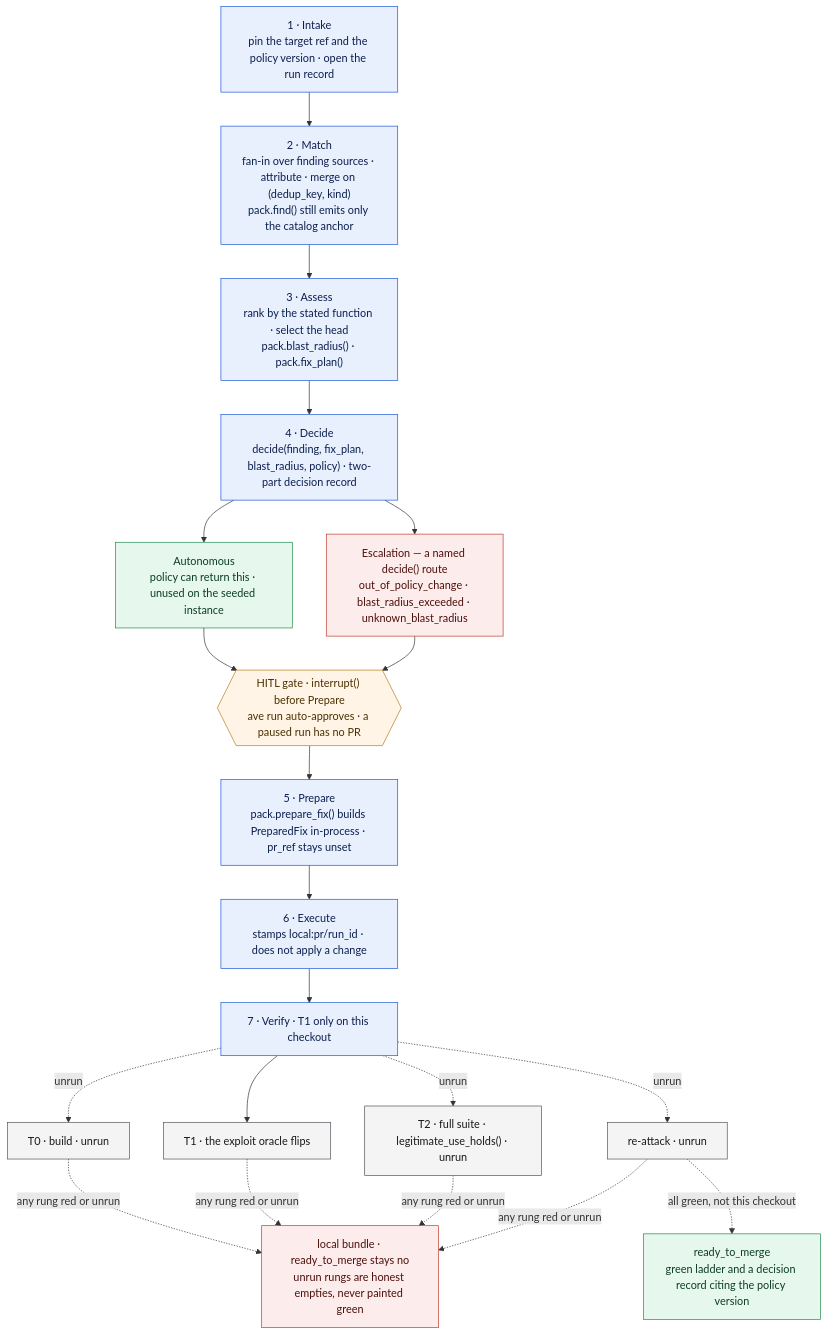
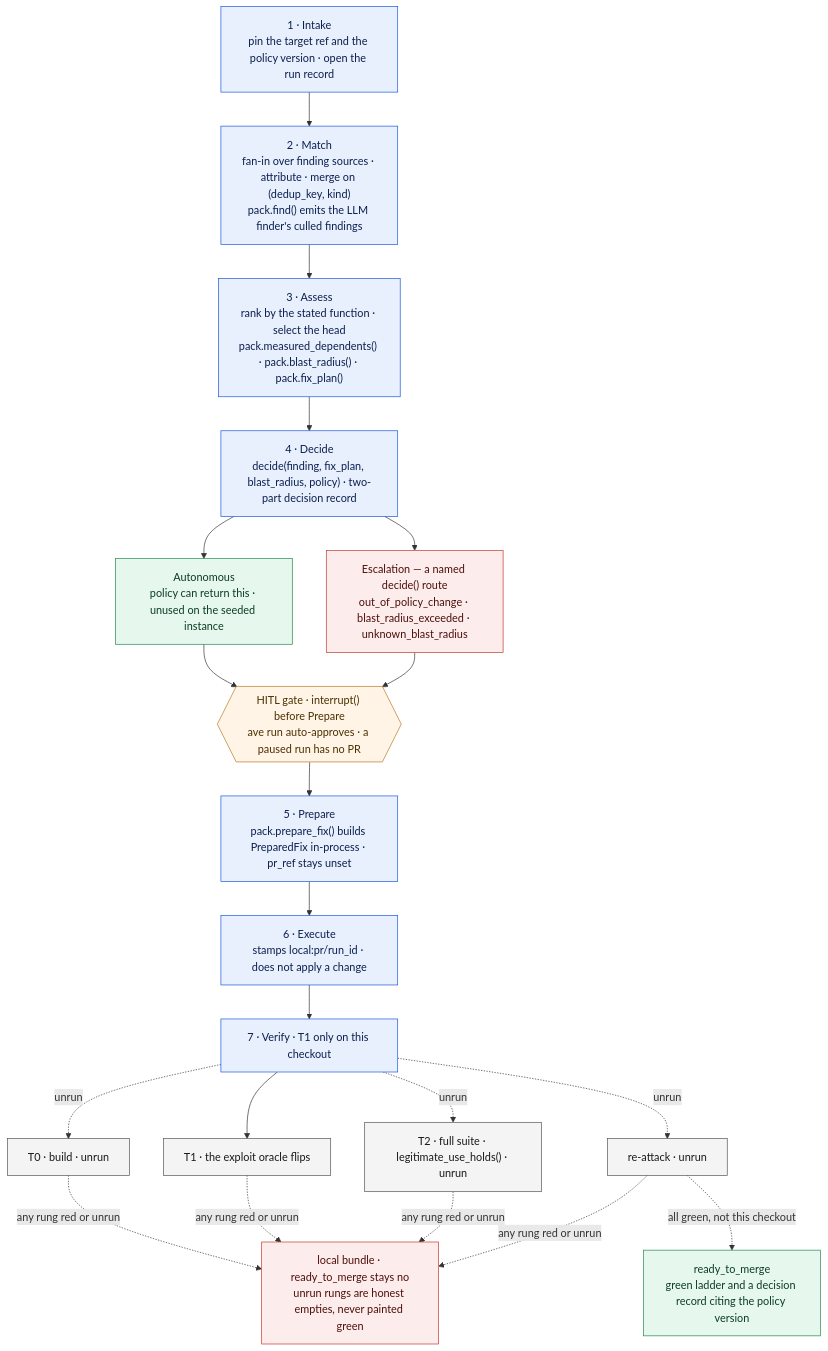
One commit to luis-barragan-cybersecurity/agentic-vulnops changed the second of 2 diagrams in README.md. Above: the diagram before and after it, drawn with Mermaid. The commit also changed other lines of this file and 2 other files, not shown here.

First line of the commit message:
docs: describe the measured blast radius from the regenerated run

````diff
--- a/README.md
+++ b/README.md
@@ -175,36 +177,36 @@
 ```mermaid
 flowchart TB
   classDef phase fill:#e8f0fe,stroke:#1a56db,color:#0b1f4d
   classDef gate fill:#fff4e5,stroke:#b7791f,color:#4a3000
   classDef ok fill:#e6f7ee,stroke:#1f8a4c,color:#0b3d22
   classDef stop fill:#fdecec,stroke:#c0392b,color:#4d0f0a
   classDef rung fill:#f4f4f5,stroke:#52525b,color:#18181b
 
   IN["1 · Intake<br/>pin the target ref and the policy version · open the run record"]:::phase
-  MA["2 · Match<br/>fan-in over finding sources · attribute · merge on (dedup_key, kind)<br/>pack.find() still emits only the catalog anchor"]:::phase
-  AS["3 · Assess<br/>rank by the stated function · select the head<br/>pack.blast_radius() · pack.fix_plan()"]:::phase
+  MA["2 · Match<br/>fan-in over finding sources · attribute · merge on (dedup_key, kind)<br/>pack.find() emits the LLM finder's culled findings"]:::phase
+  AS["3 · Assess<br/>rank by the stated function · select the head<br/>pack.measured_dependents() · pack.blast_radius() · pack.fix_plan()"]:::phase
   DE["4 · Decide<br/>decide(finding, fix_plan, blast_radius, policy) · two-part decision record"]:::phase
   AUTO["Autonomous<br/>policy can return this · unused on the seeded instance"]:::ok
   ESC["Escalation — a named decide() route<br/>out_of_policy_change · blast_radius_exceeded · unknown_blast_radius"]:::stop
   GATE{{"HITL gate · interrupt() before Prepare<br/>ave run auto-approves · a paused run has no PR"}}:::gate
   PP["5 · Prepare<br/>pack.prepare_fix() builds PreparedFix in-process · pr_ref stays unset"]:::phase
   EX["6 · Execute<br/>stamps local:pr/run_id · does not apply a change"]:::phase
   VE["7 · Verify · T1 only on this checkout"]:::phase
   T0["T0 · build · unrun"]:::rung
   T1["T1 · the exploit oracle flips"]:::rung
   T2["T2 · full suite · legitimate_use_holds() · unrun"]:::rung
   RA["re-attack · unrun"]:::rung
   RTM["ready_to_merge<br/>green ladder and a decision record citing the policy version"]:::ok
   DRAFT["local bundle · ready_to_merge stays no<br/>unrun rungs are honest empties, never painted green"]:::stop
 
   IN --> MA --> AS --> DE
   DE --> AUTO --> GATE
   DE --> ESC --> GATE
   GATE --> PP --> EX --> VE
   VE --> T1
   VE -. "unrun" .-> T0
   VE -. "unrun" .-> T2
   VE -. "unrun" .-> RA
   T0 & T1 & T2 & RA -. "any rung red or unrun" .-> DRAFT
   RA -. "all green, not this checkout" .-> RTM
 ```
````
